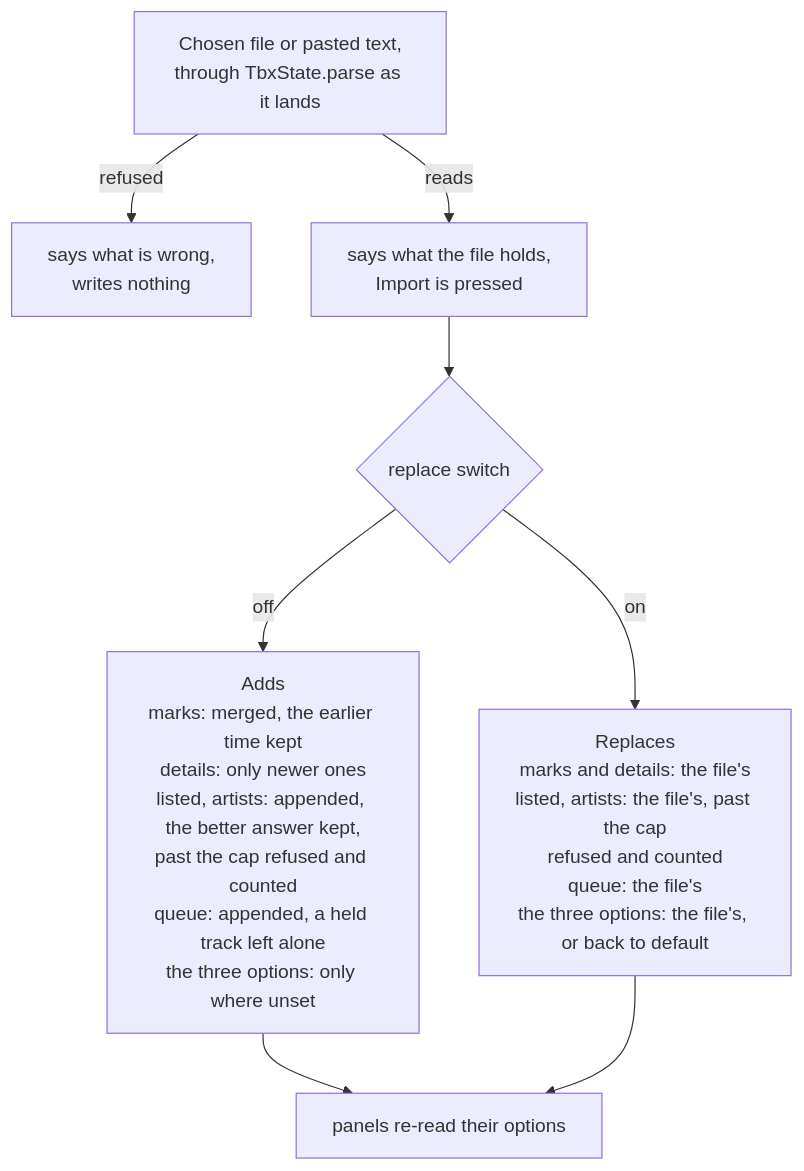
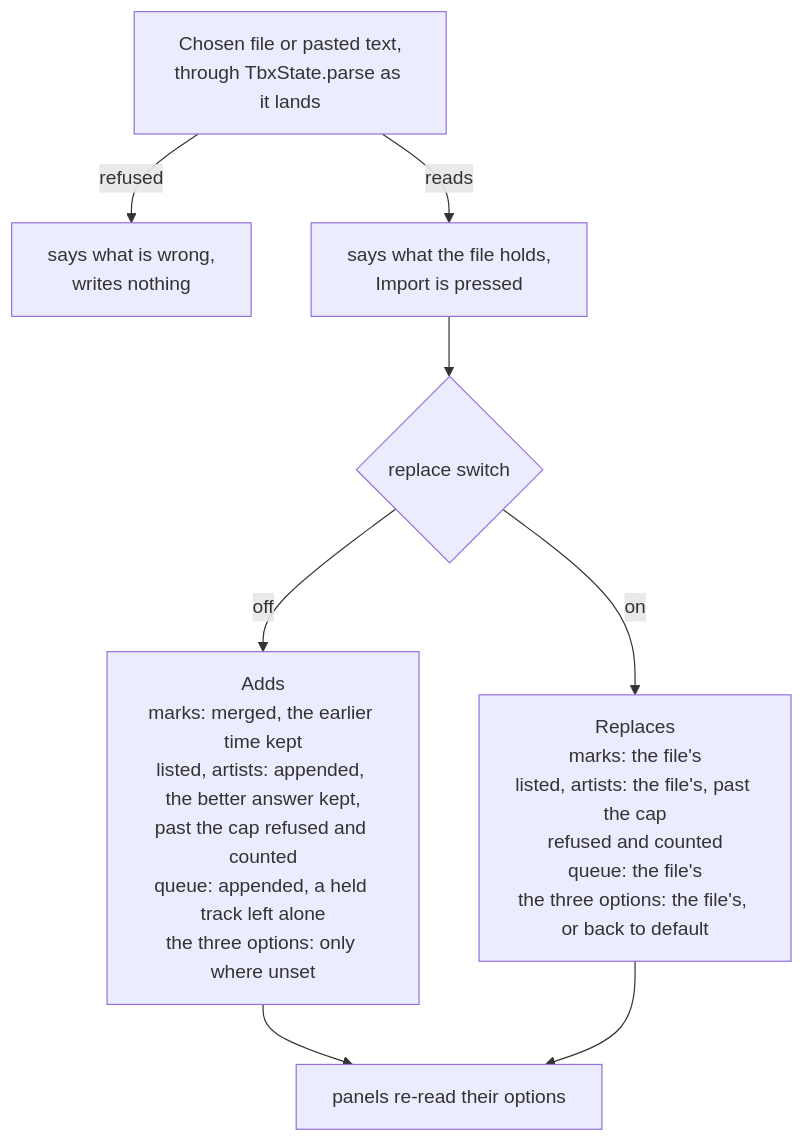
Before and after one commit to cutenode/localnetwork: the eighth of 9 diagrams in apps/localtoolbox/docs/diagrams/state.md, drawn with Mermaid. The commit also changed other lines of this file and 65 other files, not shown here.

````diff
--- a/apps/localtoolbox/docs/diagrams/state.md
+++ b/apps/localtoolbox/docs/diagrams/state.md
@@ -228,18 +232,18 @@
 ```mermaid
 flowchart TD
   Parse["Chosen file or pasted text,<br/>through TbxState.parse as it lands"]
   Refused["says what is wrong,<br/>writes nothing"]
   Holds["says what the file holds,<br/>Import is pressed"]
   Switch{"replace switch"}
-  Add["Adds<br/>marks: merged, the earlier time kept<br/>details: only newer ones<br/>listed, artists: appended, the better answer kept,<br/>past the cap refused and counted<br/>queue: appended, a held track left alone<br/>the three options: only where unset"]
-  Replace["Replaces<br/>marks and details: the file's<br/>listed, artists: the file's, past the cap<br/>refused and counted<br/>queue: the file's<br/>the three options: the file's, or back to default"]
+  Add["Adds<br/>marks: merged, the earlier time kept<br/>listed, artists: appended, the better answer kept,<br/>past the cap refused and counted<br/>queue: appended, a held track left alone<br/>the three options: only where unset"]
+  Replace["Replaces<br/>marks: the file's<br/>listed, artists: the file's, past the cap<br/>refused and counted<br/>queue: the file's<br/>the three options: the file's, or back to default"]
   Reload["panels re-read their options"]
 
   Parse -->|refused| Refused
   Parse -->|reads| Holds
   Holds --> Switch
   Switch -->|off| Add
   Switch -->|on| Replace
   Add --> Reload
   Replace --> Reload
 ```
````
